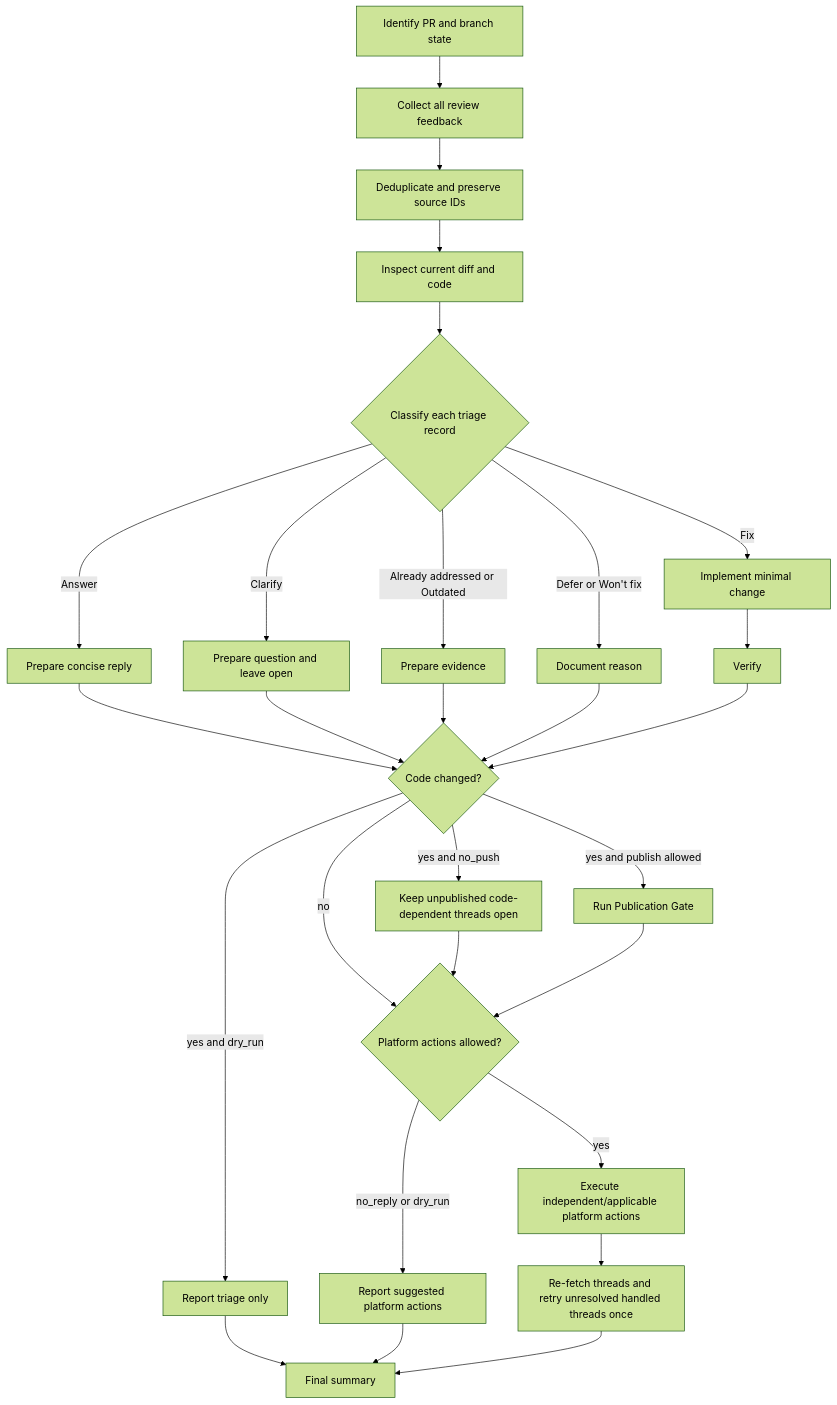
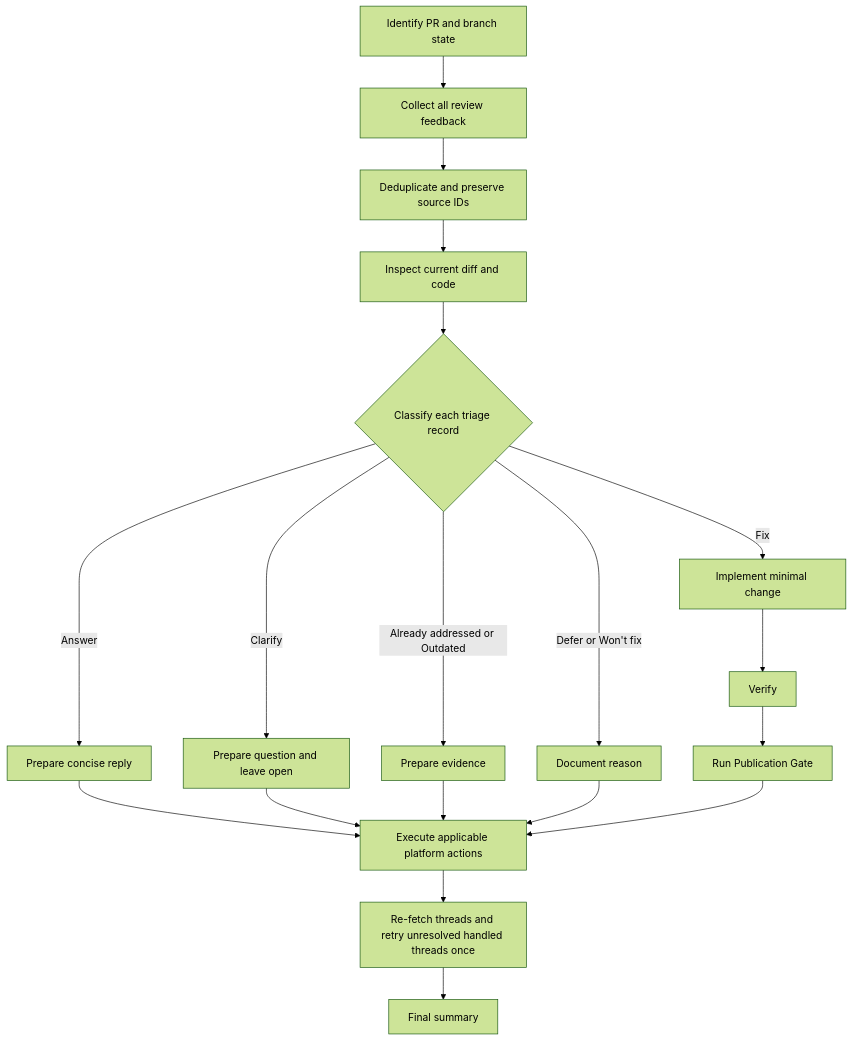
One commit to dceoy/ai-coding-agent-skills changed the diagram in skills/pr-feedback-triage/SKILL.md. Above: the diagram before and after it, drawn with Mermaid (forest theme). The commit also changed other lines of this file and 2 other files, not shown here.

````diff
--- a/skills/pr-feedback-triage/SKILL.md
+++ b/skills/pr-feedback-triage/SKILL.md
@@ -140,30 +128,21 @@
 ```mermaid
 flowchart TD
   A[Identify PR and branch state] --> B[Collect all review feedback]
   B --> C[Deduplicate and preserve source IDs]
   C --> D[Inspect current diff and code]
   D --> E{Classify each triage record}
   E -->|Fix| F[Implement minimal change]
   E -->|Answer| G[Prepare concise reply]
   E -->|Clarify| H[Prepare question and leave open]
   E -->|Already addressed or Outdated| I[Prepare evidence]
   E -->|Defer or Won't fix| J[Document reason]
   F --> K[Verify]
-  G --> L{Code changed?}
-  H --> L
-  I --> L
-  J --> L
-  K --> L
-  L -->|yes and dry_run| M[Report triage only]
-  L -->|yes and no_push| N[Keep unpublished code-dependent threads open]
-  L -->|yes and publish allowed| P[Run Publication Gate]
-  L -->|no| T{Platform actions allowed?}
-  N --> T
-  P --> T
-  T -->|no_reply or dry_run| O[Report suggested platform actions]
-  T -->|yes| R[Execute independent/applicable platform actions]
+  K --> P[Run Publication Gate]
+  G --> R[Execute applicable platform actions]
+  H --> R
+  I --> R
+  J --> R
+  P --> R
   R --> S[Re-fetch threads and retry unresolved handled threads once]
-  M --> Q[Final summary]
-  O --> Q
-  S --> Q
+  S --> Q[Final summary]
 ```
````
